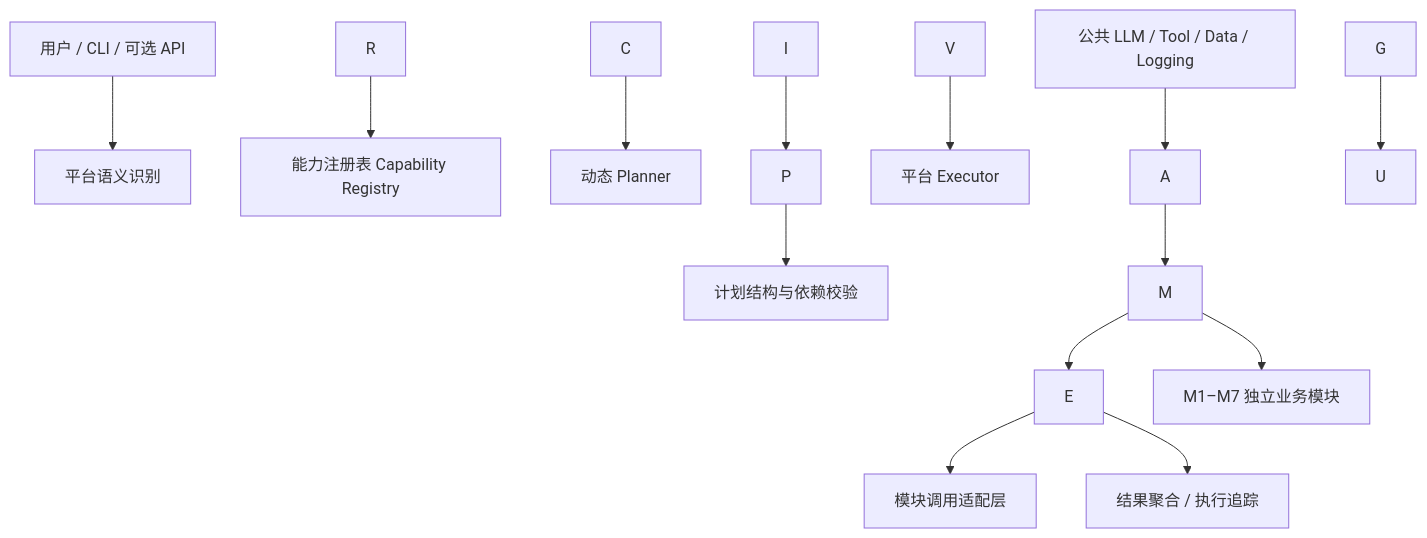
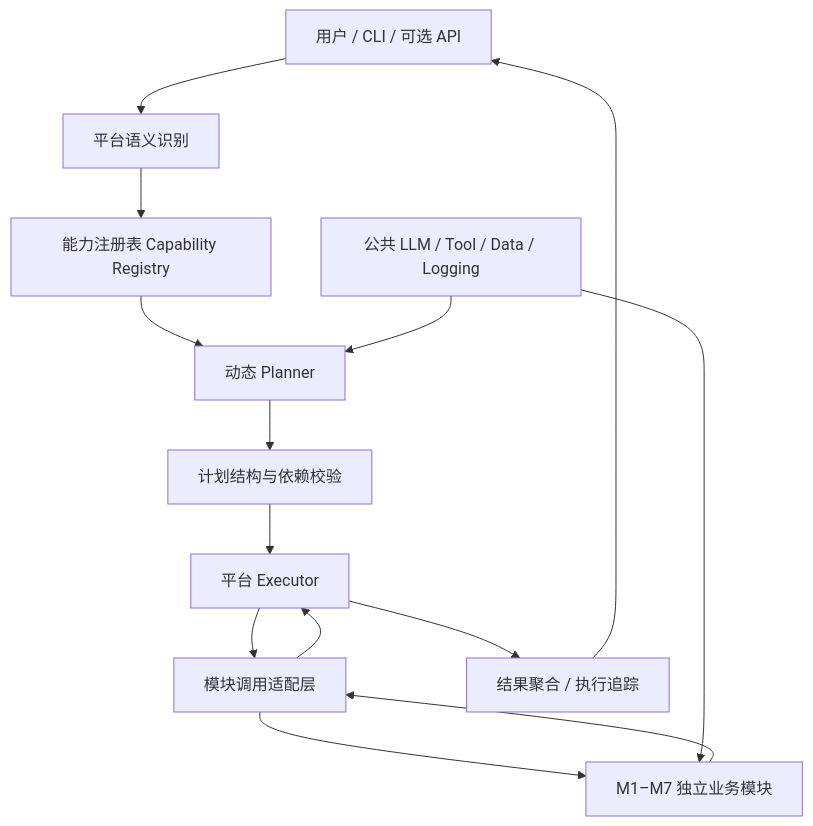
Before and after one commit to zxirui92-ship-it/agent-hub: the first of 2 diagrams in docs/requirement.md, drawn with Mermaid. The commit also changed other lines of this file and 64 other files, not shown here.

````diff
--- a/docs/requirement.md
+++ b/docs/requirement.md
@@ -191,16 +193,16 @@
 ```mermaid
 flowchart TB
-    U\\\[用户 / CLI / 可选 API] --> R\\\[平台语义识别]
-    R --> C\\\[能力注册表 Capability Registry]
-    C --> P\\\[动态 Planner]
-    P --> V\\\[计划结构与依赖校验]
-    V --> E\\\[平台 Executor]
-    E --> M\\\[模块调用适配层]
-    M --> A\\\[M1–M7 独立业务模块]
+    U[用户 / CLI / 可选 API] --> R[平台语义识别]
+    R --> C[能力注册表 Capability Registry]
+    C --> P[动态 Planner]
+    P --> V[计划结构与依赖校验]
+    V --> E[平台 Executor]
+    E --> M[模块调用适配层]
+    M --> A[M1–M7 独立业务模块]
     A --> M
     M --> E
-    E --> G\\\[结果聚合 / 执行追踪]
+    E --> G[结果聚合 / 执行追踪]
     G --> U
-    I\\\[公共 LLM / Tool / Data / Logging] --> A
+    I[公共 LLM / Tool / Data / Logging] --> A
     I --> P
 ```
````
